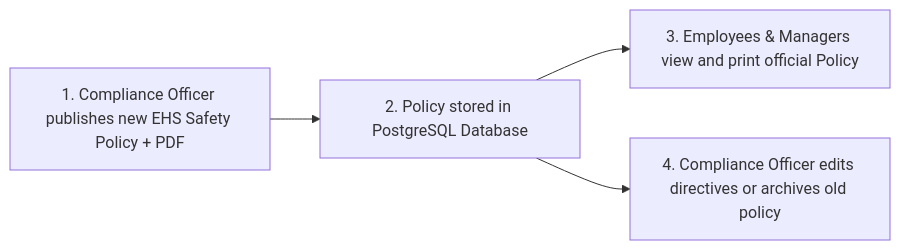
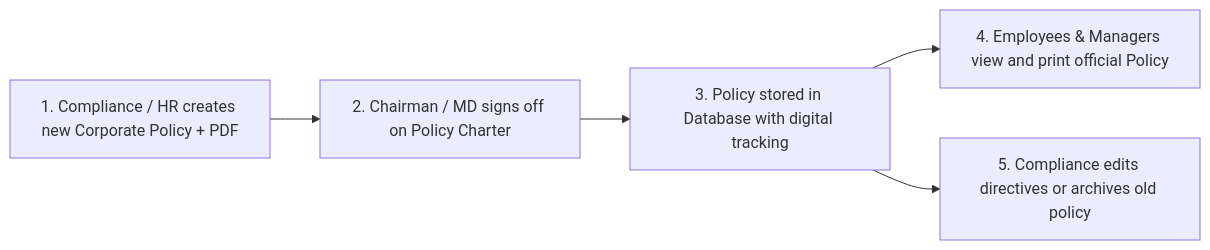
One commit to ViruzVerse-Solutions/hrms changed the sixth of 10 diagrams in docs/PHASE_TESTING_GUIDE.md. Above: the diagram before and after it, drawn with Mermaid. The commit also changed other lines of this file, not shown here.

````diff
--- a/docs/PHASE_TESTING_GUIDE.md
+++ b/docs/PHASE_TESTING_GUIDE.md
@@ -222,6 +238,7 @@
 ```mermaid
 flowchart LR
-    Create["1. Compliance Officer publishes new EHS Safety Policy + PDF"] --> Store["2. Policy stored in PostgreSQL Database"]
-    Store --> Read["3. Employees & Managers view and print official Policy"]
-    Store --> Update["4. Compliance Officer edits directives or archives old policy"]
+    Create["1. Compliance / HR creates new Corporate Policy + PDF"] --> Board["2. Chairman / MD signs off on Policy Charter"]
+    Board --> Store["3. Policy stored in Database with digital tracking"]
+    Store --> Read["4. Employees & Managers view and print official Policy"]
+    Store --> Update["5. Compliance edits directives or archives old policy"]
 ```
````
